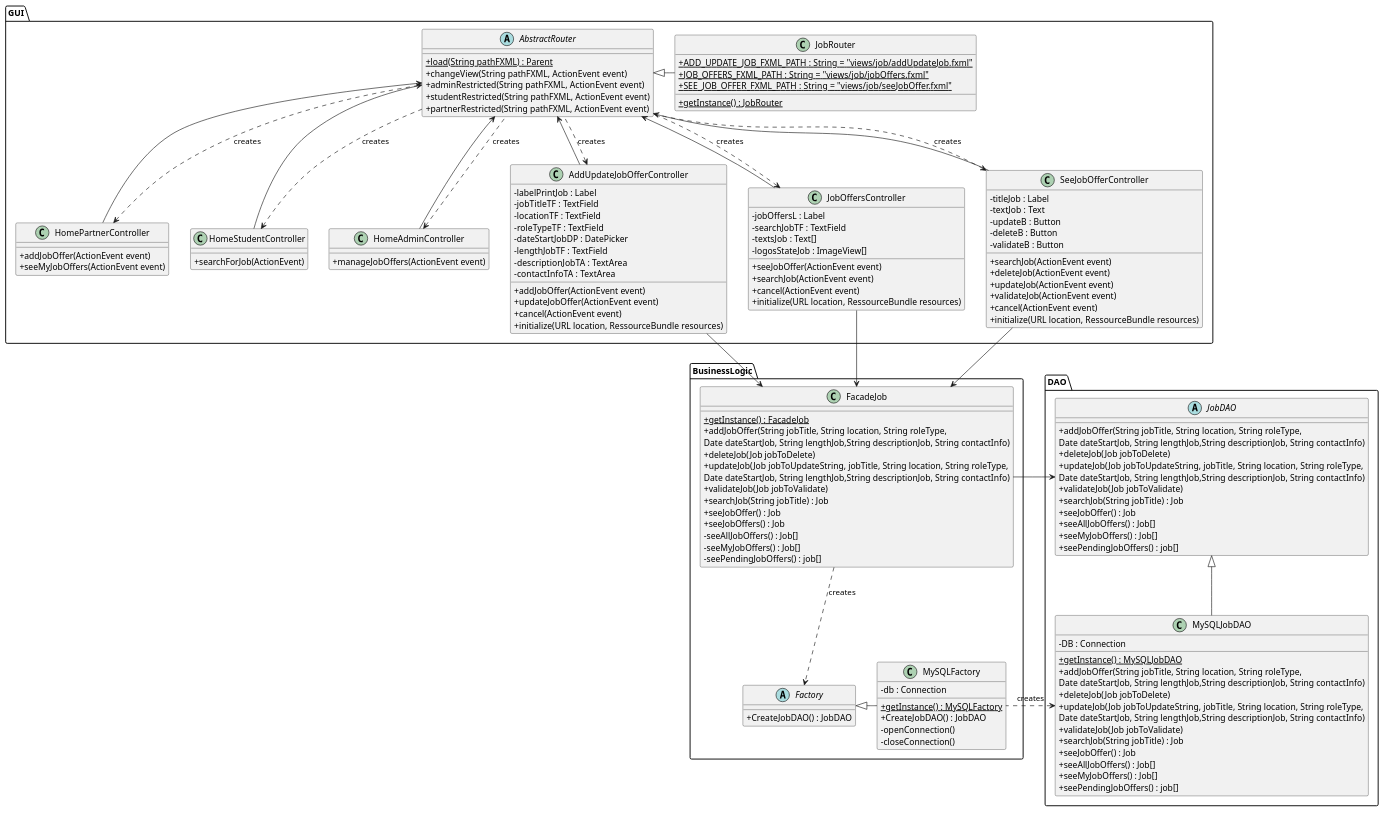
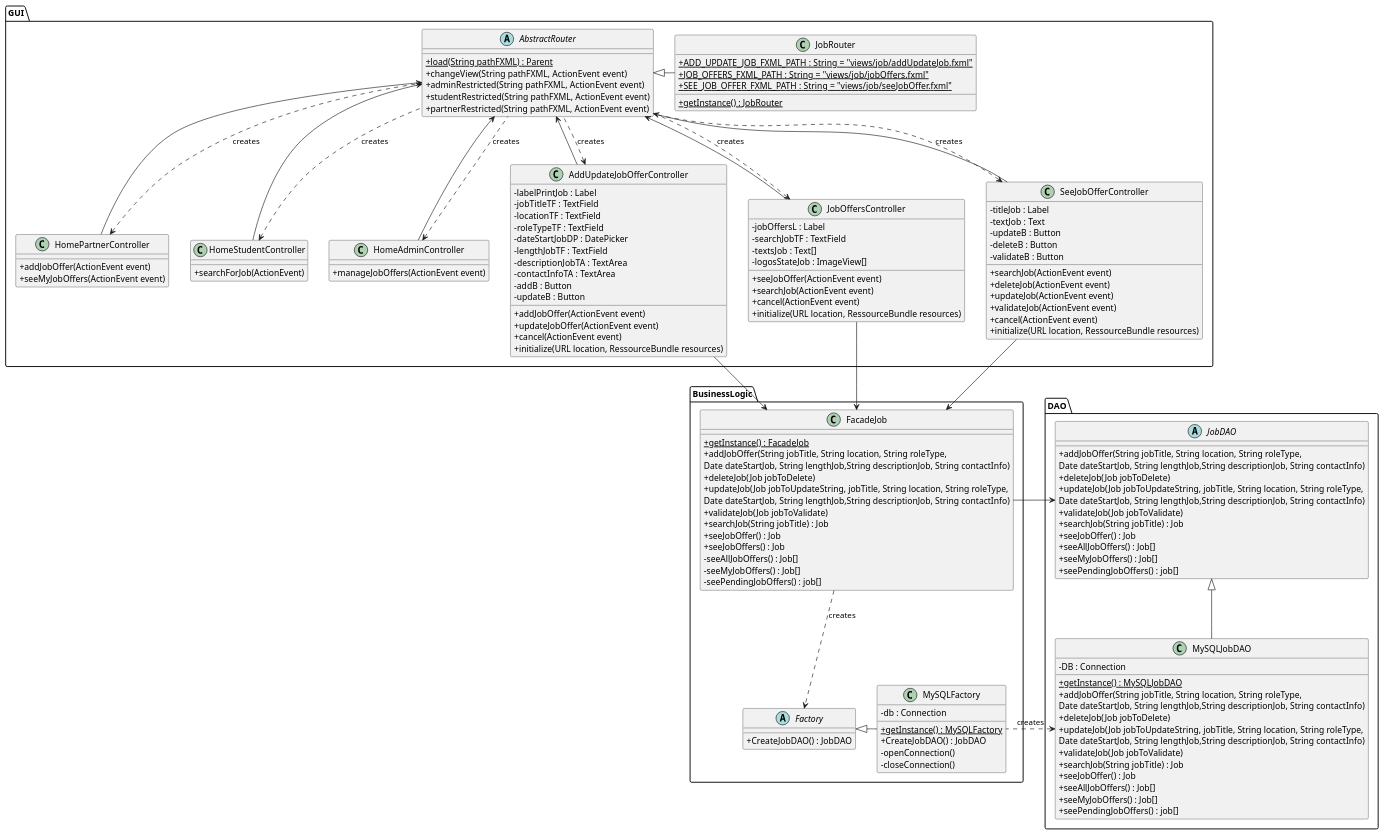
Before and after one commit to guiguie34/StudEasy: the diagram in project_diagrams/classDiagrams/jobManagement.puml, drawn with PlantUML. The commit also changed 2 other files, not shown here.

```diff
--- a/project_diagrams/classDiagrams/jobManagement.puml
+++ b/project_diagrams/classDiagrams/jobManagement.puml
@@ -1,167 +1,169 @@
 @startuml
 skinparam classAttributeIconSize 0
 
 package GUI{
     abstract class AbstractRouter{
         + {static} load(String pathFXML) : Parent
         + changeView(String pathFXML, ActionEvent event)
         + adminRestricted(String pathFXML, ActionEvent event)
         + studentRestricted(String pathFXML, ActionEvent event)
         + partnerRestricted(String pathFXML, ActionEvent event)
     }
 
     class JobRouter{
         + {static} ADD_UPDATE_JOB_FXML_PATH : String = "views/job/addUpdateJob.fxml"
         + {static} JOB_OFFERS_FXML_PATH : String = "views/job/jobOffers.fxml"
         + {static} SEE_JOB_OFFER_FXML_PATH : String = "views/job/seeJobOffer.fxml"
         + {static} getInstance() : JobRouter
     }
 
     class HomePartnerController{
         + addJobOffer(ActionEvent event)
         + seeMyJobOffers(ActionEvent event)
     }
 
     class HomeStudentController{
         + searchForJob(ActionEvent)
     }
 
     class HomeAdminController{
         + manageJobOffers(ActionEvent event)
     }
 
     class AddUpdateJobOfferController{
         - labelPrintJob : Label
         - jobTitleTF : TextField
         - locationTF : TextField
         - roleTypeTF : TextField
         - dateStartJobDP : DatePicker
         - lengthJobTF : TextField
         - descriptionJobTA : TextArea
         - contactInfoTA : TextArea
+        - addB : Button
+        - updateB : Button
         + addJobOffer(ActionEvent event)
         + updateJobOffer(ActionEvent event)
         + cancel(ActionEvent event)
         + initialize(URL location, RessourceBundle resources)
     }
 
     class JobOffersController{
         - jobOffersL : Label
         - searchJobTF : TextField
         - textsJob : Text[]
         - logosStateJob : ImageView[]
         + seeJobOffer(ActionEvent event)
         + searchJob(ActionEvent event)
         + cancel(ActionEvent event)
         + initialize(URL location, RessourceBundle resources)
     }
 
     class SeeJobOfferController{
         - titleJob : Label
         - textJob : Text
         - updateB : Button
         - deleteB : Button
         - validateB : Button
         + searchJob(ActionEvent event)
         + deleteJob(ActionEvent event)
         + updateJob(ActionEvent event)
         + validateJob(ActionEvent event)
         + cancel(ActionEvent event)
         + initialize(URL location, RessourceBundle resources)
     }
 
         AbstractRouter <|-right- JobRouter
 
         AbstractRouter <-- HomePartnerController
         AbstractRouter <-- HomeStudentController
         AbstractRouter <-- HomeAdminController
         AbstractRouter <-- AddUpdateJobOfferController
         AbstractRouter <-- JobOffersController
         AbstractRouter <-- SeeJobOfferController
 
         HomePartnerController <.. AbstractRouter : creates
         HomeStudentController <.. AbstractRouter : creates
         HomeAdminController <.. AbstractRouter : creates
         AddUpdateJobOfferController <.. AbstractRouter : creates
         JobOffersController <.. AbstractRouter : creates
         SeeJobOfferController <.. AbstractRouter : creates
 }
 
 package BusinessLogic{
 
     class FacadeJob{
         + {static} getInstance() : FacadeJob
         + addJobOffer(String jobTitle, String location, String roleType,
          Date dateStartJob, String lengthJob,String descriptionJob, String contactInfo)
         + deleteJob(Job jobToDelete)
         + updateJob(Job jobToUpdateString, jobTitle, String location, String roleType,
           Date dateStartJob, String lengthJob,String descriptionJob, String contactInfo)
         + validateJob(Job jobToValidate)
         + searchJob(String jobTitle) : Job
         + seeJobOffer() : Job
         + seeJobOffers() : Job
         - seeAllJobOffers() : Job[]
         - seeMyJobOffers() : Job[]
         - seePendingJobOffers() : job[]
     }
 
     abstract class Factory{
         + CreateJobDAO() : JobDAO
     }
 
     class MySQLFactory{
         - db : Connection
         + {static} getInstance() : MySQLFactory
         + CreateJobDAO() : JobDAO
         - openConnection()
         - closeConnection()
     }
 
 
     AddUpdateJobOfferController --> FacadeJob
     JobOffersController --> FacadeJob
     SeeJobOfferController --> FacadeJob
 
     FacadeJob ..> Factory  : creates
     MySQLFactory -left-|> Factory
 }
 
 package DAO{
 
     abstract class JobDAO{
         + addJobOffer(String jobTitle, String location, String roleType,
          Date dateStartJob, String lengthJob,String descriptionJob, String contactInfo)
         + deleteJob(Job jobToDelete)
         + updateJob(Job jobToUpdateString, jobTitle, String location, String roleType,
           Date dateStartJob, String lengthJob,String descriptionJob, String contactInfo)
         + validateJob(Job jobToValidate)
         + searchJob(String jobTitle) : Job
         + seeJobOffer() : Job
         + seeAllJobOffers() : Job[]
         + seeMyJobOffers() : Job[]
         + seePendingJobOffers() : job[]
     }
 
     class MySQLJobDAO{
         - DB : Connection
         + {static} getInstance() : MySQLJobDAO
         + addJobOffer(String jobTitle, String location, String roleType,
          Date dateStartJob, String lengthJob,String descriptionJob, String contactInfo)
         + deleteJob(Job jobToDelete)
         + updateJob(Job jobToUpdateString, jobTitle, String location, String roleType,
           Date dateStartJob, String lengthJob,String descriptionJob, String contactInfo)
         + validateJob(Job jobToValidate)
         + searchJob(String jobTitle) : Job
         + seeJobOffer() : Job
         + seeAllJobOffers() : Job[]
         + seeMyJobOffers() : Job[]
         + seePendingJobOffers() : job[]
     }
 
     MySQLJobDAO -up-|> JobDAO
     JobDAO <-right- FacadeJob
 
     MySQLJobDAO <.right. MySQLFactory : creates
 }
 
 @enduml
```
